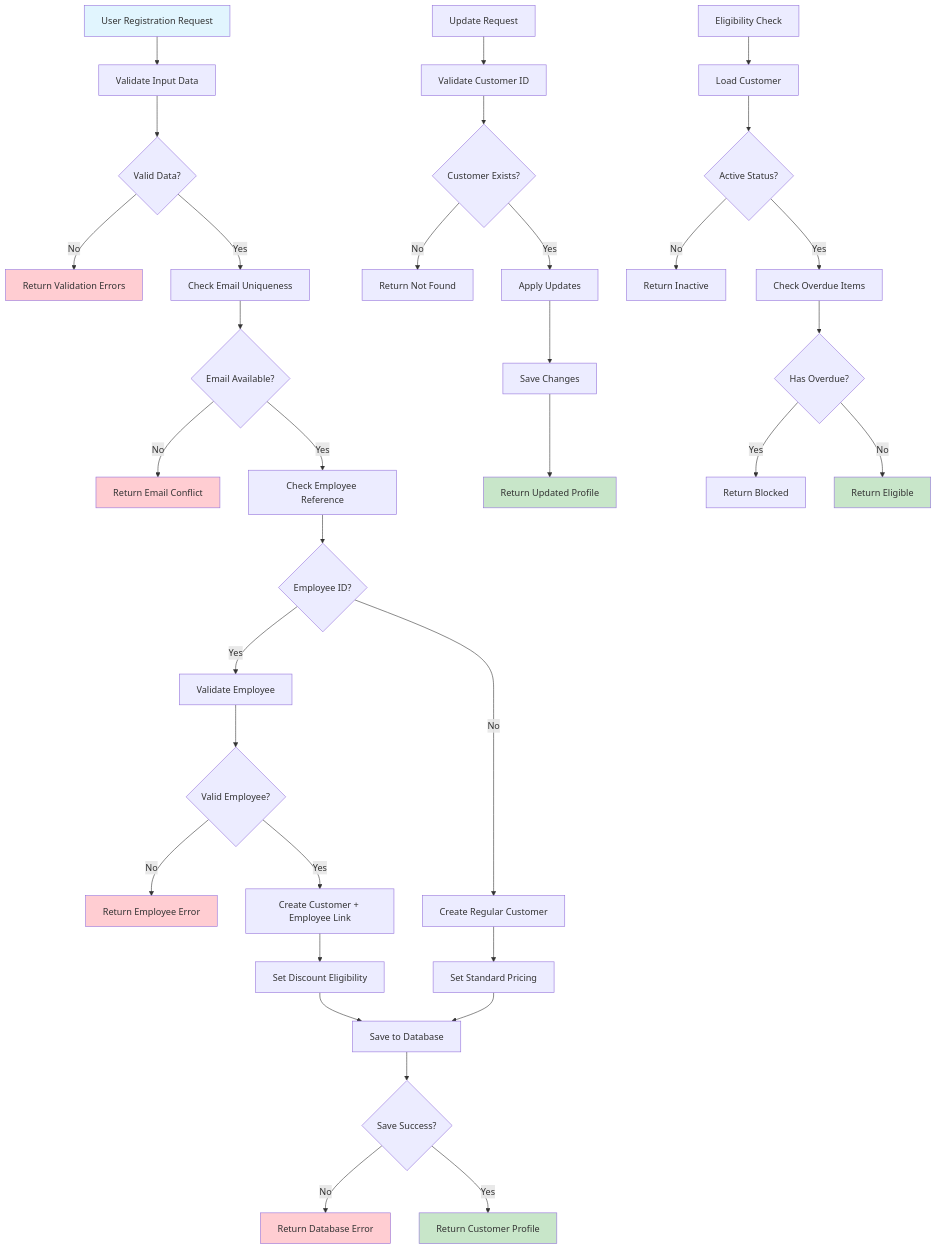
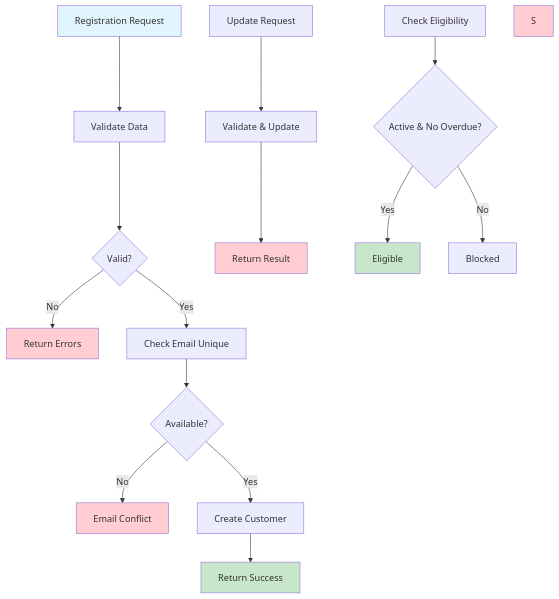
One commit to tiberius-s/video-rental-demo changed the diagram in diagrams/workflows/01-customer-registration-workflow.md. Above: the diagram before and after it, drawn with Mermaid. The commit also changed other lines of this file and 18 other files, not shown here.

````diff
--- a/diagrams/workflows/01-customer-registration-workflow.md
+++ b/diagrams/workflows/01-customer-registration-workflow.md
@@ -18,49 +18,29 @@
 ```mermaid
 flowchart TD
-    A[User Registration Request] --> B[Validate Input Data]
-    B --> C{Valid Data?}
-    C -->|No| D[Return Validation Errors]
-    C -->|Yes| E[Check Email Uniqueness]
-    E --> F{Email Available?}
-    F -->|No| G[Return Email Conflict]
-    F -->|Yes| H[Check Employee Reference]
-    H --> I{Employee ID?}
-    I -->|Yes| J[Validate Employee]
-    J --> K{Valid Employee?}
-    K -->|No| L[Return Employee Error]
-    K -->|Yes| M[Create Customer + Employee Link]
-    I -->|No| N[Create Regular Customer]
-    M --> O[Set Discount Eligibility]
-    N --> P[Set Standard Pricing]
-    O --> Q[Save to Database]
-    P --> Q
-    Q --> R{Save Success?}
-    R -->|No| S[Return Database Error]
-    R -->|Yes| T[Return Customer Profile]
+    A[Registration Request] --> B[Validate Data]
+    B --> C{Valid?}
+    C -->|No| D[Return Errors]
+    C -->|Yes| E[Check Email Unique]
+    E --> F{Available?}
+    F -->|No| G[Email Conflict]
+    F -->|Yes| H[Create Customer]
+    H --> I[Return Success]
 
     %% Update workflow
-    U[Update Request] --> V[Validate Customer ID]
-    V --> W{Customer Exists?}
-    W -->|No| X[Return Not Found]
-    W -->|Yes| Y[Apply Updates]
-    Y --> Z[Save Changes]
-    Z --> AA[Return Updated Profile]
+    J[Update Request] --> K[Validate & Update]
+    K --> L[Return Result]
 
     %% Eligibility check
-    BB[Eligibility Check] --> CC[Load Customer]
-    CC --> DD{Active Status?}
-    DD -->|No| EE[Return Inactive]
-    DD -->|Yes| FF[Check Overdue Items]
-    FF --> GG{Has Overdue?}
-    GG -->|Yes| HH[Return Blocked]
-    GG -->|No| II[Return Eligible]
+    M[Check Eligibility] --> N{Active & No Overdue?}
+    N -->|Yes| O[Eligible]
+    N -->|No| P[Blocked]
 
     style A fill:#e1f5fe
-    style T fill:#c8e6c9
-    style AA fill:#c8e6c9
-    style II fill:#c8e6c9
+    style I fill:#c8e6c9
+    style L fill:#c8e6c9
+    style O fill:#c8e6c9
     style D fill:#ffcdd2
     style G fill:#ffcdd2
     style L fill:#ffcdd2
     style S fill:#ffcdd2
 ```
````
